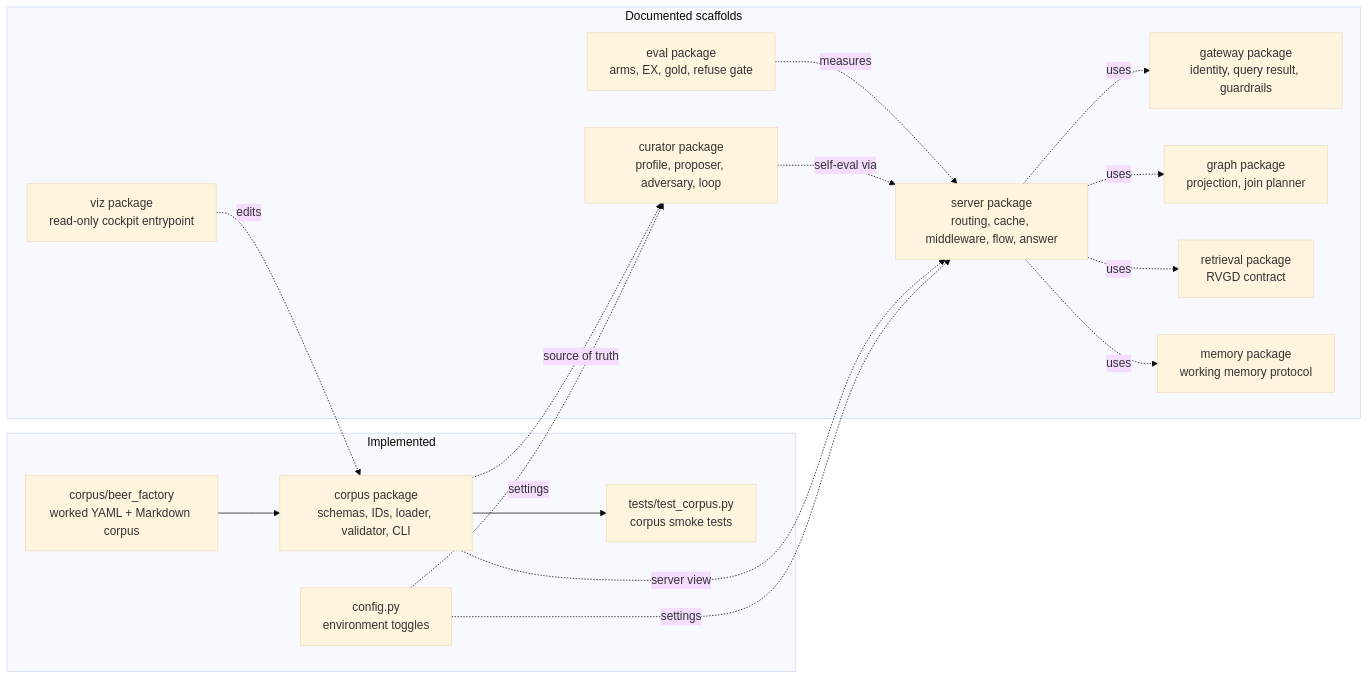
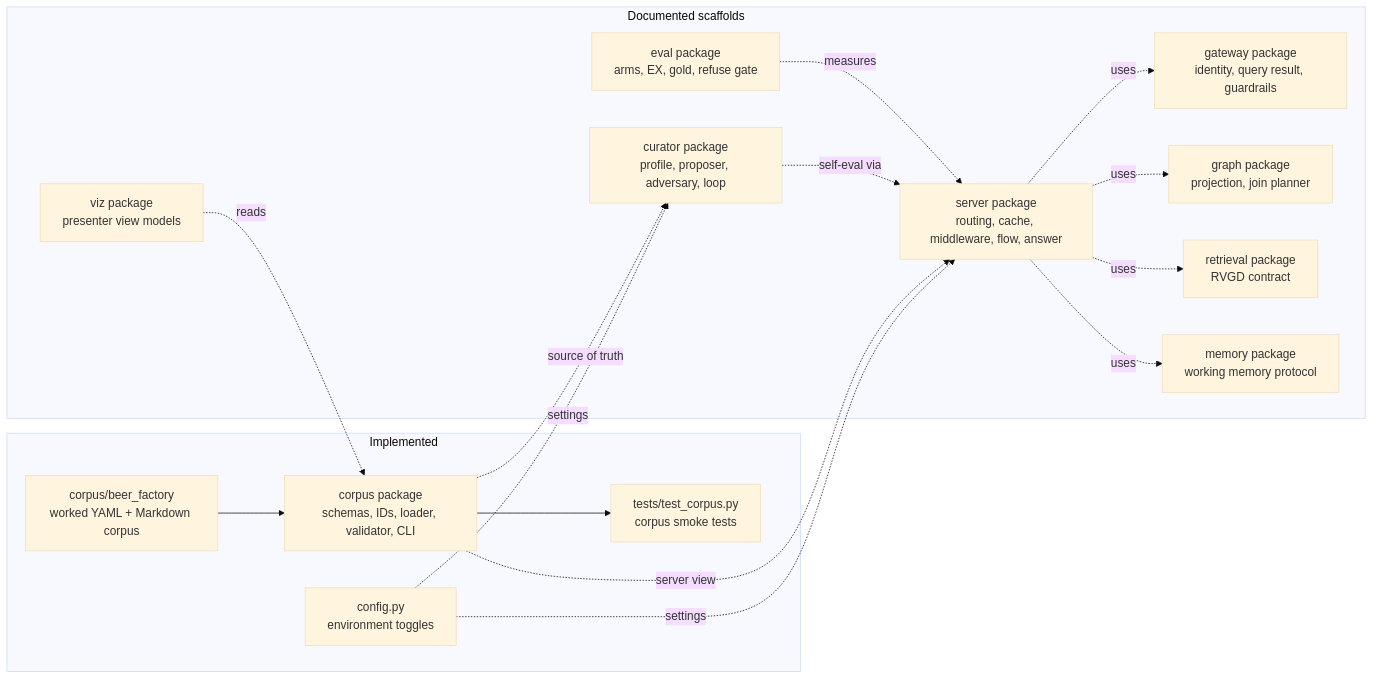
One commit to Minhao-Zhang/governed-bi changed the first of 4 diagrams in docs/diagrams/overview.md. Above: the diagram before and after it, drawn with Mermaid (base theme). The commit also changed other lines of this file and 35 other files, not shown here.

````diff
--- a/docs/diagrams/overview.md
+++ b/docs/diagrams/overview.md
@@ -10,34 +10,34 @@
 ```mermaid
 flowchart LR
     subgraph Implemented
         Config["config.py<br/>environment toggles"]
         CorpusPkg["corpus package<br/>schemas, IDs, loader, validator, CLI"]
         ExampleCorpus["corpus/beer_factory<br/>worked YAML + Markdown corpus"]
         Tests["tests/test_corpus.py<br/>corpus smoke tests"]
     end
 
     subgraph "Documented scaffolds"
         CuratorPkg["curator package<br/>profile, proposer, adversary, loop"]
         ServerPkg["server package<br/>routing, cache, middleware, flow, answer"]
         GatewayPkg["gateway package<br/>identity, query result, guardrails"]
         GraphPkg["graph package<br/>projection, join planner"]
         RetrievalPkg["retrieval package<br/>RVGD contract"]
         MemoryPkg["memory package<br/>working memory protocol"]
         EvalPkg["eval package<br/>arms, EX, gold, refuse gate"]
-        VizPkg["viz package<br/>read-only cockpit entrypoint"]
+        VizPkg["viz package<br/>presenter view models"]
     end
 
     ExampleCorpus --> CorpusPkg
     CorpusPkg --> Tests
     Config -. settings .-> CuratorPkg
     Config -. settings .-> ServerPkg
     CorpusPkg -. source of truth .-> CuratorPkg
     CorpusPkg -. server view .-> ServerPkg
     ServerPkg -. uses .-> GatewayPkg
     ServerPkg -. uses .-> GraphPkg
     ServerPkg -. uses .-> RetrievalPkg
     ServerPkg -. uses .-> MemoryPkg
     CuratorPkg -. self-eval via .-> ServerPkg
     EvalPkg -. measures .-> ServerPkg
-    VizPkg -. edits .-> CorpusPkg
+    VizPkg -. reads .-> CorpusPkg
 ```
````
